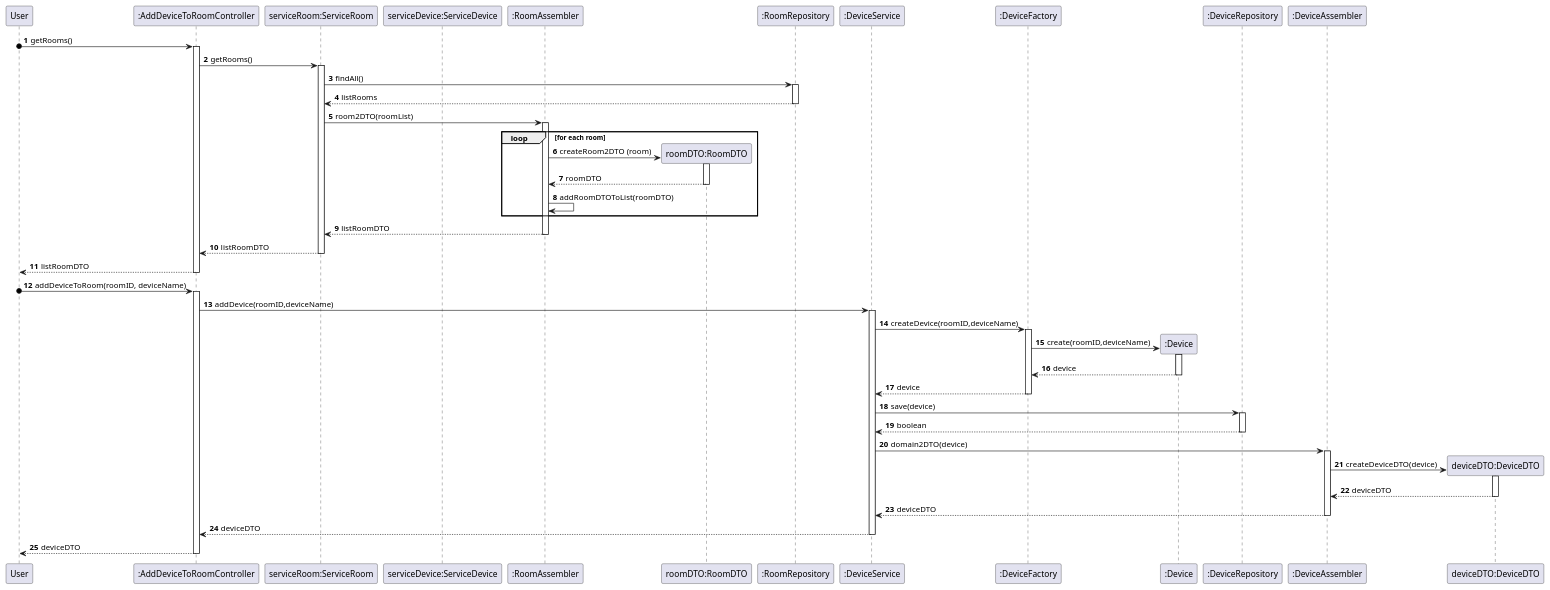
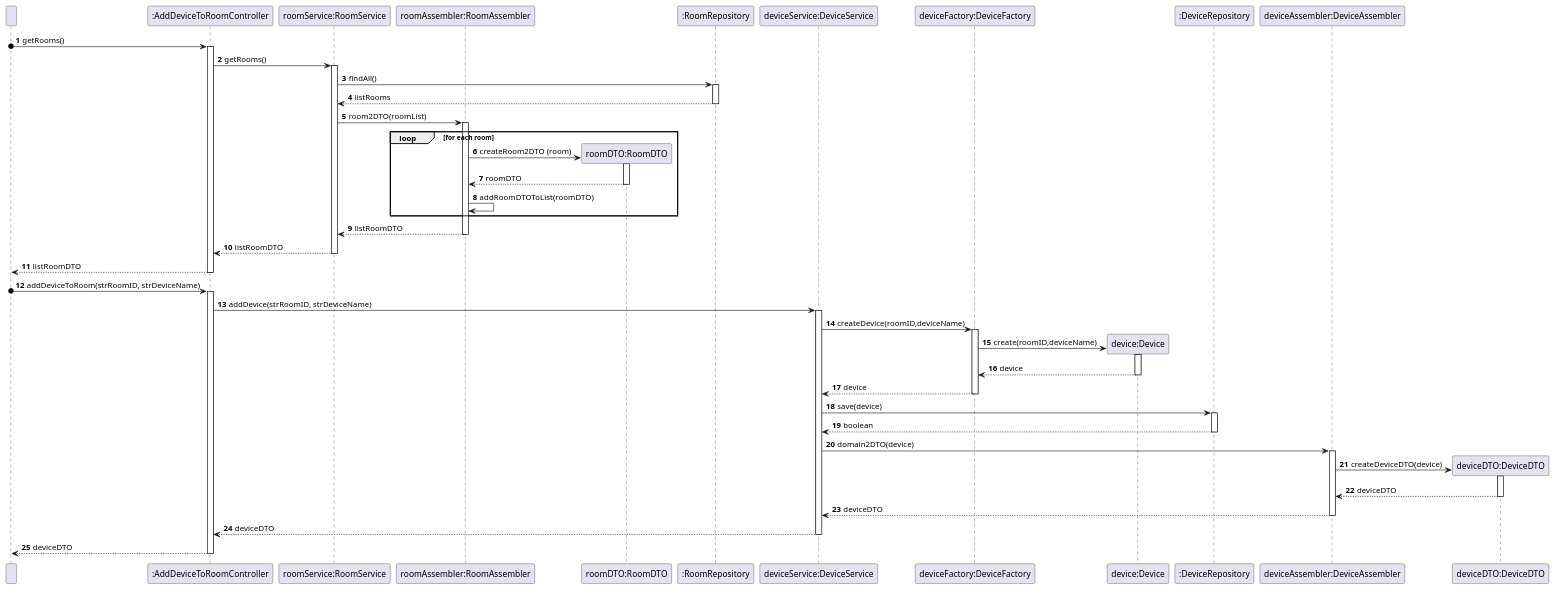
Before and after one commit to olivDiogo/SmartHome: the diagram in docs/ood/sequenceDiagram/US05AddDeviceToRoom.puml, drawn with PlantUML. The commit also changed 1 other file, not shown here.

Commit message:
#123 #125 Completion of sequence and class diagram US05

```diff
--- a/docs/ood/sequenceDiagram/US05AddDeviceToRoom.puml
+++ b/docs/ood/sequenceDiagram/US05AddDeviceToRoom.puml
@@ -1,116 +1,115 @@
 @startuml
 !pragma layout smetana
 
 
-participant User as User
+participant  " " as User
 
 participant ":AddDeviceToRoomController" as Controller
-participant "serviceRoom:ServiceRoom" as ServiceRoom
-participant "serviceDevice:ServiceDevice" as ServiceDevice
-participant ":RoomAssembler" as RoomAssembler
+participant "roomService:RoomService" as RoomService
+participant "roomAssembler:RoomAssembler" as RoomAssembler
 participant "roomDTO:RoomDTO" as RoomDTO
 participant ":RoomRepository" as RoomRepo
-participant ":DeviceAssembler" as DeviceAssembler
+participant "deviceAssembler:DeviceAssembler" as DeviceAssembler
 participant "deviceDTO:DeviceDTO" as DeviceDTO
-participant ":Device" as Device
-participant ":DeviceService" as Service
-participant ":DeviceFactory" as Factory
+participant "device:Device" as Device
+participant "deviceService:DeviceService" as DeviceService
+participant "deviceFactory:DeviceFactory" as Factory
 participant "device :Device" as Device
 participant ":DeviceRepository" as Repository
 participant ":DeviceAssembler" as DeviceAssembler
 participant "deviceDTO :DeviceDTO" as DeviceDTO
 autonumber
 
 User o-> Controller: getRooms()
 
 activate Controller
 
-Controller -> ServiceRoom: getRooms()
+Controller -> RoomService: getRooms()
 
-activate ServiceRoom
+activate RoomService
 
-ServiceRoom -> RoomRepo: findAll()
+RoomService -> RoomRepo: findAll()
 
 activate RoomRepo
 
-RoomRepo --> ServiceRoom: listRooms
+RoomRepo --> RoomService: listRooms
 
 deactivate RoomRepo
 
-ServiceRoom -> RoomAssembler : room2DTO(roomList)
+RoomService -> RoomAssembler : room2DTO(roomList)
 
 activate RoomAssembler
 
 loop for each room
 
     create RoomDTO
 
     RoomAssembler -> RoomDTO: createRoom2DTO (room)
 
      activate RoomDTO
 
      RoomDTO --> RoomAssembler: roomDTO
 
       deactivate RoomDTO
 
      RoomAssembler -> RoomAssembler: addRoomDTOToList(roomDTO)
 
 end
-RoomAssembler --> ServiceRoom: listRoomDTO
+RoomAssembler --> RoomService: listRoomDTO
 
 deactivate RoomAssembler
 
-ServiceRoom --> Controller: listRoomDTO
+RoomService --> Controller: listRoomDTO
 
-deactivate ServiceRoom
+deactivate RoomService
 Controller --> User : listRoomDTO
 deactivate Controller
 
 
-User o-> Controller : addDeviceToRoom(roomID, deviceName)
+User o-> Controller : addDeviceToRoom(strRoomID, strDeviceName)
 activate Controller
 
-Controller -> Service : addDevice(roomID,deviceName)
-activate Service
+Controller -> DeviceService : addDevice(strRoomID, strDeviceName)
+activate DeviceService
 
-Service -> Factory : createDevice(roomID,deviceName)
+DeviceService -> Factory : createDevice(roomID,deviceName)
 activate Factory
 
 create Device
 Factory -> Device : create(roomID,deviceName)
 
 activate Device
 Device --> Factory : device
 
 deactivate Device
-Factory --> Service : device
+Factory --> DeviceService : device
 
 deactivate Factory
-Service -> Repository : save(device)
+DeviceService -> Repository : save(device)
 
 activate Repository
 
-Repository --> Service : boolean
+Repository --> DeviceService : boolean
 deactivate Repository
 
 
-Service -> DeviceAssembler : domain2DTO(device)
+DeviceService -> DeviceAssembler : domain2DTO(device)
 create DeviceDTO
 
 activate DeviceAssembler
 DeviceAssembler -> DeviceDTO : createDeviceDTO(device)
 
 activate DeviceDTO
 DeviceDTO --> DeviceAssembler : deviceDTO
 deactivate DeviceDTO
 
-DeviceAssembler --> Service : deviceDTO
+DeviceAssembler --> DeviceService : deviceDTO
 deactivate DeviceAssembler
 
 
-Service --> Controller : deviceDTO
-deactivate Service
+DeviceService --> Controller : deviceDTO
+deactivate DeviceService
 
 Controller --> User : deviceDTO
 deactivate Controller
 @enduml
```
